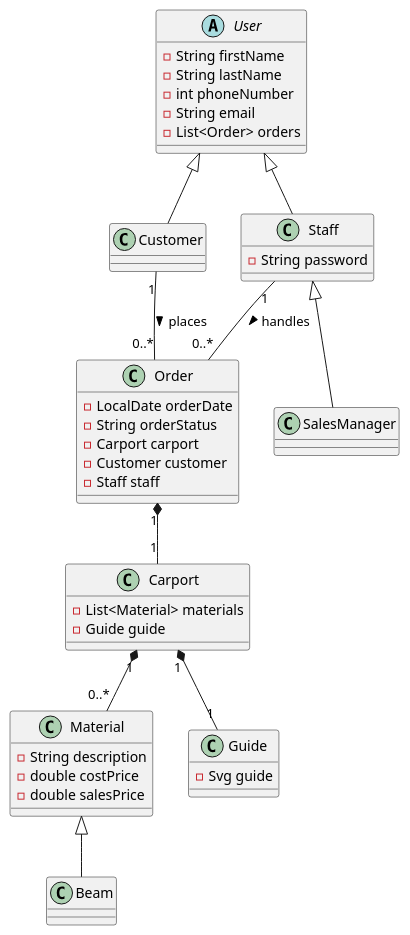
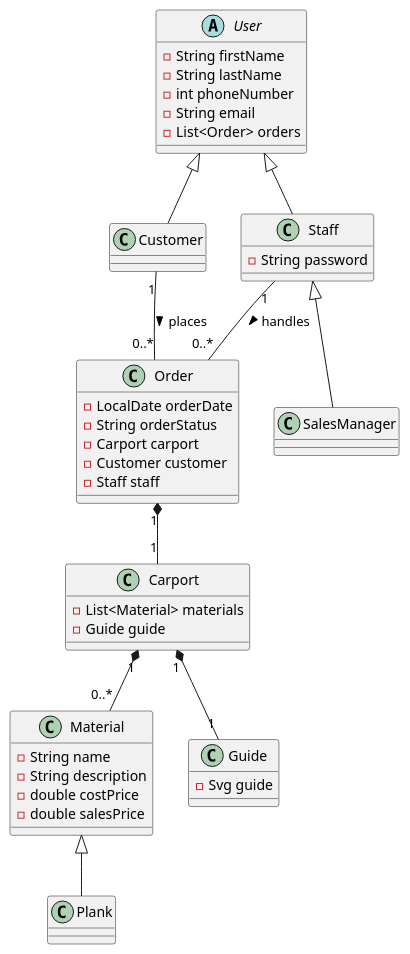
One commit to Styrse/Carport changed the diagram in docs/diagrams/ClassDiagram.puml. Above: the diagram before and after it, drawn with PlantUML. The commit also changed 10 other files, not shown here.

```diff
--- a/docs/diagrams/ClassDiagram.puml
+++ b/docs/diagrams/ClassDiagram.puml
@@ -1,51 +1,52 @@
 @startuml
 
 abstract class User {
   - String firstName
   - String lastName
   - int phoneNumber
   - String email
   - List<Order> orders
 }
 
 class Customer extends User
 
 class Staff extends User {
   - String password
 }
 
 class SalesManager extends Staff
 
 class Order {
   - LocalDate orderDate
   - String orderStatus
   - Carport carport
   - Customer customer
   - Staff staff
 }
 
 class Carport {
   - List<Material> materials
   - Guide guide
 }
 
 class Material {
+  - String name
   - String description
   - double costPrice
   - double salesPrice
 }
 
-class Beam extends Material
+class Plank extends Material
 
 class Guide {
   - Svg guide
 }
 
 ' Relationships
 Customer "1" -- "0..*" Order : places >
 Staff "1" -- "0..*" Order : handles >
 Order "1" *-- "1" Carport
 Carport "1" *-- "0..*" Material
 Carport "1" *-- "1" Guide
 
 @enduml
```
